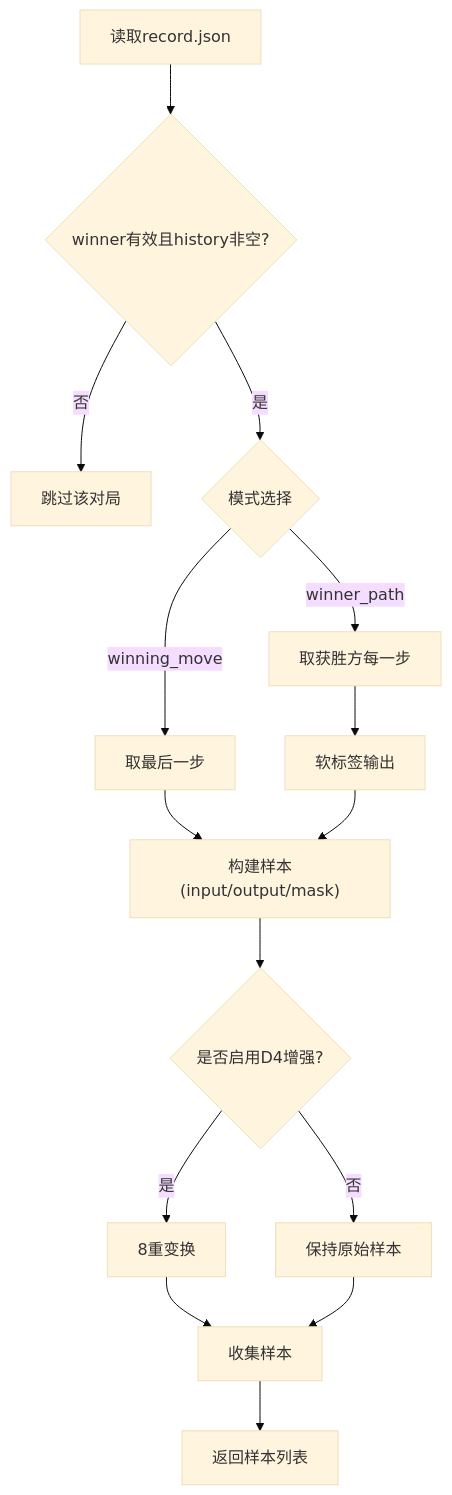
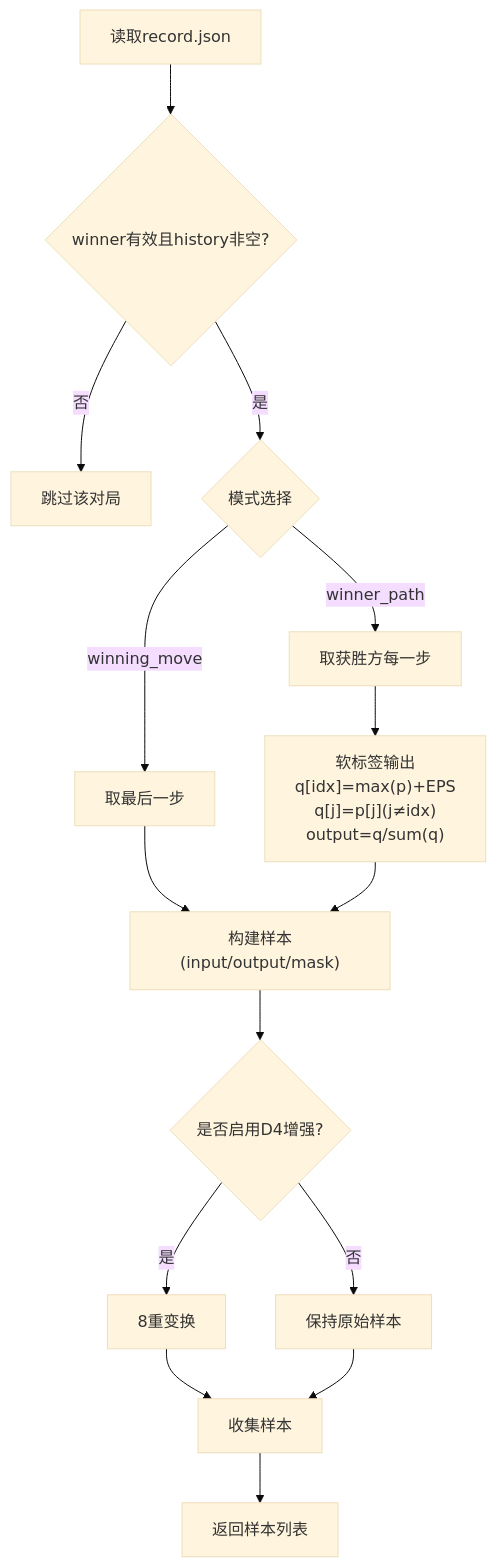
One commit to nanhao/gomoku changed the sixth of 8 diagrams in .qoder/repowiki/zh/content/设计文档/数据处理设计/样本生成设计.md. Above: the diagram before and after it, drawn with Mermaid (base theme). The commit also changed other lines of this file and 11 other files, not shown here.

````diff
--- a/.qoder/repowiki/zh/content/设计文档/数据处理设计/样本生成设计.md
+++ b/.qoder/repowiki/zh/content/设计文档/数据处理设计/样本生成设计.md
@@ -246,17 +266,17 @@
 ```mermaid
 flowchart TD
 Read["读取record.json"] --> Filter{"winner有效且history非空?"}
 Filter --> |否| Skip["跳过该对局"]
 Filter --> |是| Mode{"模式选择"}
 Mode --> |winning_move| LastStep["取最后一步"]
 Mode --> |winner_path| WinnerSteps["取获胜方每一步"]
 LastStep --> Build["构建样本(input/output/mask)"]
-WinnerSteps --> SoftLabel["软标签输出"]
+WinnerSteps --> SoftLabel["软标签输出<br/>q[idx]=max(p)+EPS<br/>q[j]=p[j](j≠idx)<br/>output=q/sum(q)"]
 SoftLabel --> Build
 Build --> Augment{"是否启用D4增强?"}
 Augment --> |是| D4["8重变换"]
 Augment --> |否| Keep["保持原始样本"]
 D4 --> Collect["收集样本"]
 Keep --> Collect
 Collect --> Done["返回样本列表"]
 ```
````
